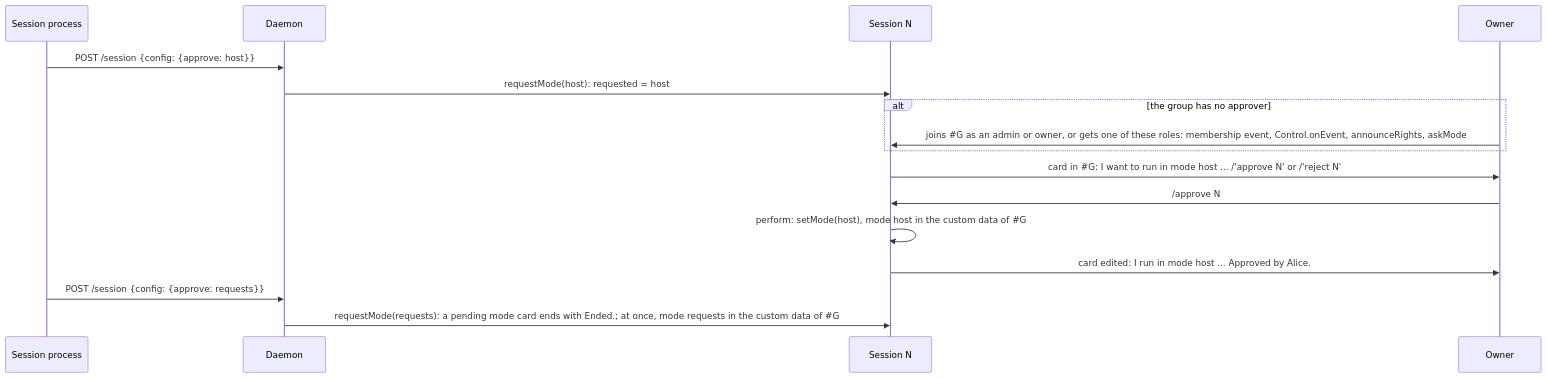
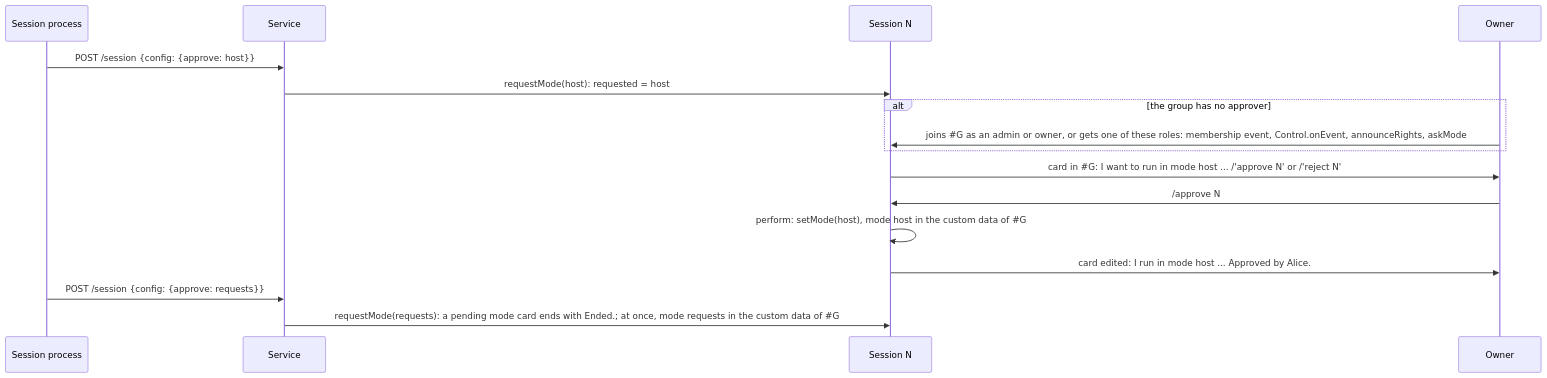
Before and after one commit to simplex-chat/simplex-chat: diagram 23 of 30 in packages/simplex-chat-mcp/spec/flows.md, drawn with Mermaid. The commit also changed other lines of this file and 28 other files, not shown here.

Commit message:
mcp: rename the plugin's daemon to the service

````diff
--- a/packages/simplex-chat-mcp/spec/flows.md
+++ b/packages/simplex-chat-mcp/spec/flows.md
@@ -1041,18 +1041,18 @@
 ```mermaid
 sequenceDiagram
   participant S as Session process
-  participant D as Daemon
+  participant D as Service
   participant N as Session N
   participant O as Owner
   S->>D: POST /session {config: {approve: host}}
   D->>N: requestMode(host): requested = host
   alt the group has no approver
     O->>N: joins #35;G as an admin or owner, or gets one of these roles: membership event, Control.onEvent, announceRights, askMode
   end
   N->>O: card in #35;G: I want to run in mode host ... /'approve N' or /'reject N'
   O->>N: /approve N
   N->>N: perform: setMode(host), mode host in the custom data of #35;G
   N->>O: card edited: I run in mode host ... Approved by Alice.
   S->>D: POST /session {config: {approve: requests}}
   D->>N: requestMode(requests): a pending mode card ends with Ended.#59; at once, mode requests in the custom data of #35;G
 ```
````
